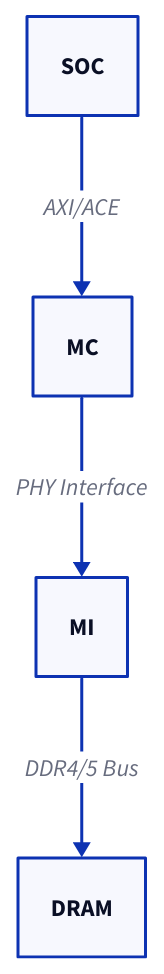
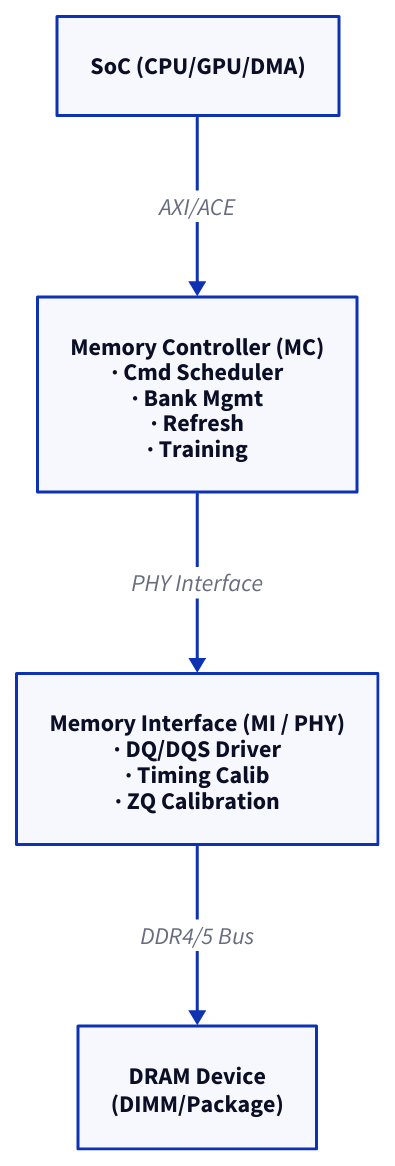
One commit to humbleowl39/DV_SKOOL changed the diagram in topics/dram_ddr/docs/_legacy_overview.md. Above: the diagram before and after it, drawn with D2. The commit also changed 90 other files, not shown here.

First line of the commit message:
docs: 전 토픽 다이어그램 정비 — ASCII→D2, mermaid→D2, 과대 D2 가시성 수정

````diff
--- a/topics/dram_ddr/docs/_legacy_overview.md
+++ b/topics/dram_ddr/docs/_legacy_overview.md
@@ -68,11 +68,11 @@
 ```d2
 direction: down
 
-# unparsed: SOC["SoC (CPU/GPU/DMA)"]
-# unparsed: MC["Memory Controller (MC)<br/>· Cmd Scheduler<br/>· Bank Mgmt<br/>· Refresh<br/>· Training"]
-# unparsed: MI["Memory Interface (MI / PHY)<br/>· DQ/DQS Driver<br/>· Timing Calib<br/>· ZQ Calibration"]
-# unparsed: DRAM["DRAM Device<br/>(DIMM/Package)"]
+SOC: "SoC (CPU/GPU/DMA)"
+MC: "Memory Controller (MC)\n· Cmd Scheduler\n· Bank Mgmt\n· Refresh\n· Training"
+MI: "Memory Interface (MI / PHY)\n· DQ/DQS Driver\n· Timing Calib\n· ZQ Calibration"
+DRAM: "DRAM Device\n(DIMM/Package)"
 SOC -> MC: "AXI/ACE"
 MC -> MI: "PHY Interface"
 MI -> DRAM: "DDR4/5 Bus"
 ```
````
